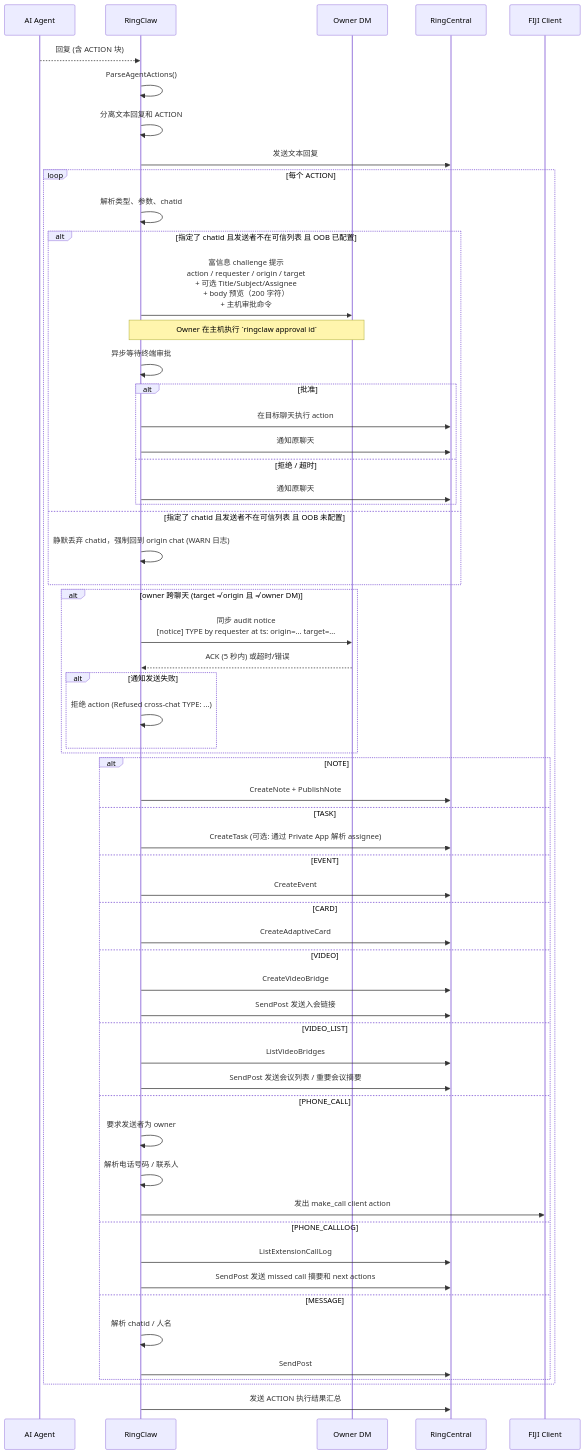
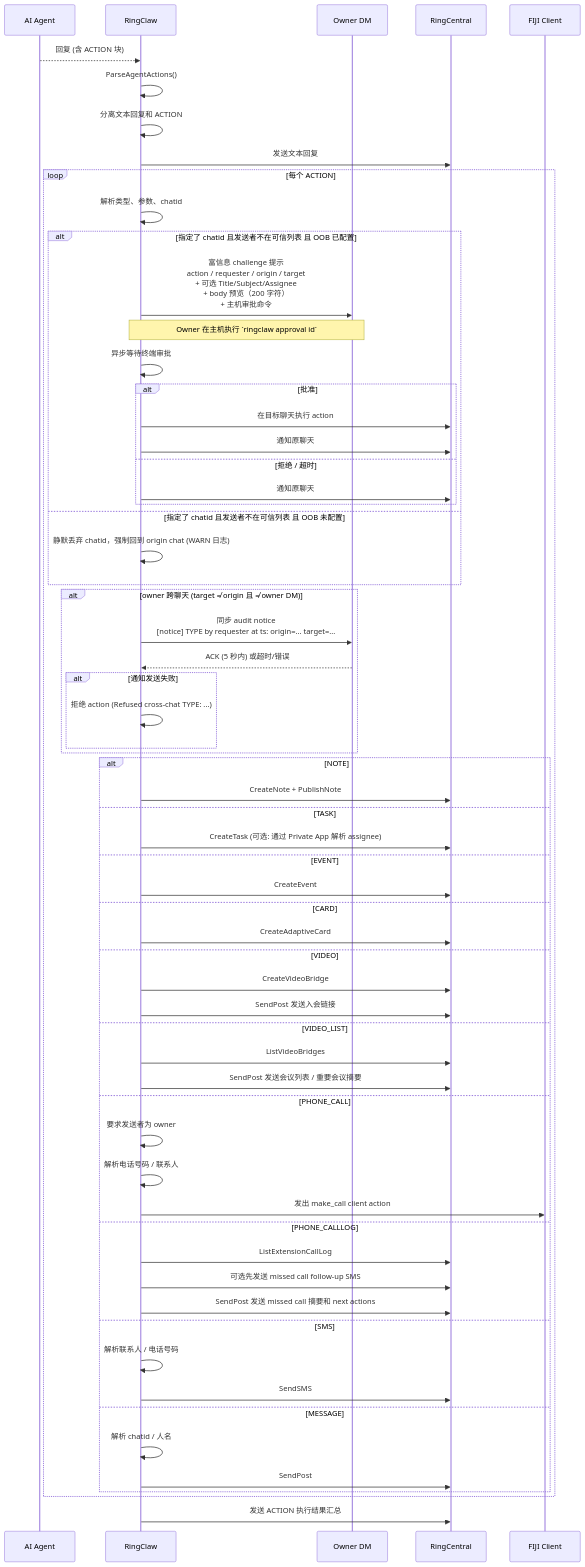
One commit to ringclaw/ringclaw changed the diagram in docs/zh/features/actions.md. Above: the diagram before and after it, drawn with Mermaid. The commit also changed other lines of this file and 25 other files, not shown here.

First line of the commit message:
feat: add SMS actions and missed-call follow-up

````diff
--- a/docs/zh/features/actions.md
+++ b/docs/zh/features/actions.md
@@ -13,62 +13,66 @@
 ```mermaid
 sequenceDiagram
     participant AI as AI Agent
     participant R as RingClaw
     participant O as Owner DM
     participant RC as RingCentral
     participant FIJI as FIJI Client
 
     AI-->>R: 回复 (含 ACTION 块)
     R->>R: ParseAgentActions()
     R->>R: 分离文本回复和 ACTION
     R->>RC: 发送文本回复
     loop 每个 ACTION
         R->>R: 解析类型、参数、chatid
         alt 指定了 chatid 且发送者不在可信列表 且 OOB 已配置
             R->>O: 富信息 challenge 提示<br/>action / requester / origin / target<br/>+ 可选 Title/Subject/Assignee<br/>+ body 预览（200 字符）<br/>+ 主机审批命令
             Note over O,R: Owner 在主机执行 `ringclaw approval id`
             R->>R: 异步等待终端审批
             alt 批准
                 R->>RC: 在目标聊天执行 action
                 R->>RC: 通知原聊天
             else 拒绝 / 超时
                 R->>RC: 通知原聊天
             end
         else 指定了 chatid 且发送者不在可信列表 且 OOB 未配置
             R->>R: 静默丢弃 chatid，强制回到 origin chat (WARN 日志)
         end
         alt owner 跨聊天 (target ≠ origin 且 ≠ owner DM)
             R->>O: 同步 audit notice<br/>[notice] TYPE by requester at ts: origin=... target=...
             O-->>R: ACK (5 秒内) 或超时/错误
             alt 通知发送失败
                 R->>R: 拒绝 action (Refused cross-chat TYPE: ...)
             end
         end
         alt NOTE
             R->>RC: CreateNote + PublishNote
         else TASK
             R->>RC: CreateTask (可选: 通过 Private App 解析 assignee)
         else EVENT
             R->>RC: CreateEvent
         else CARD
             R->>RC: CreateAdaptiveCard
         else VIDEO
             R->>RC: CreateVideoBridge
             R->>RC: SendPost 发送入会链接
         else VIDEO_LIST
             R->>RC: ListVideoBridges
             R->>RC: SendPost 发送会议列表 / 重要会议摘要
         else PHONE_CALL
             R->>R: 要求发送者为 owner
             R->>R: 解析电话号码 / 联系人
             R->>FIJI: 发出 make_call client action
         else PHONE_CALLLOG
             R->>RC: ListExtensionCallLog
+            R->>RC: 可选先发送 missed call follow-up SMS
             R->>RC: SendPost 发送 missed call 摘要和 next actions
+        else SMS
+            R->>R: 解析联系人 / 电话号码
+            R->>RC: SendSMS
         else MESSAGE
             R->>R: 解析 chatid / 人名
             R->>RC: SendPost
         end
     end
     R->>RC: 发送 ACTION 执行结果汇总
 ```
````
